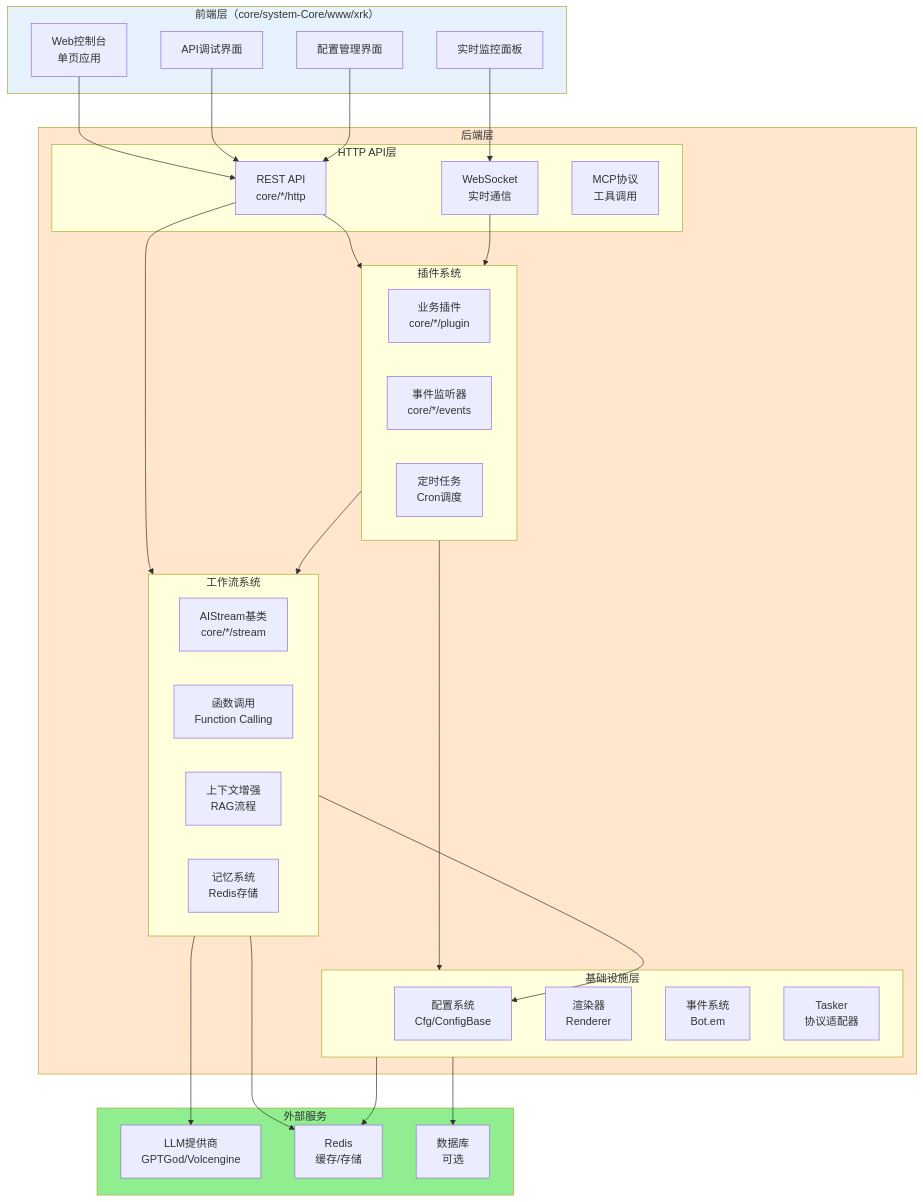
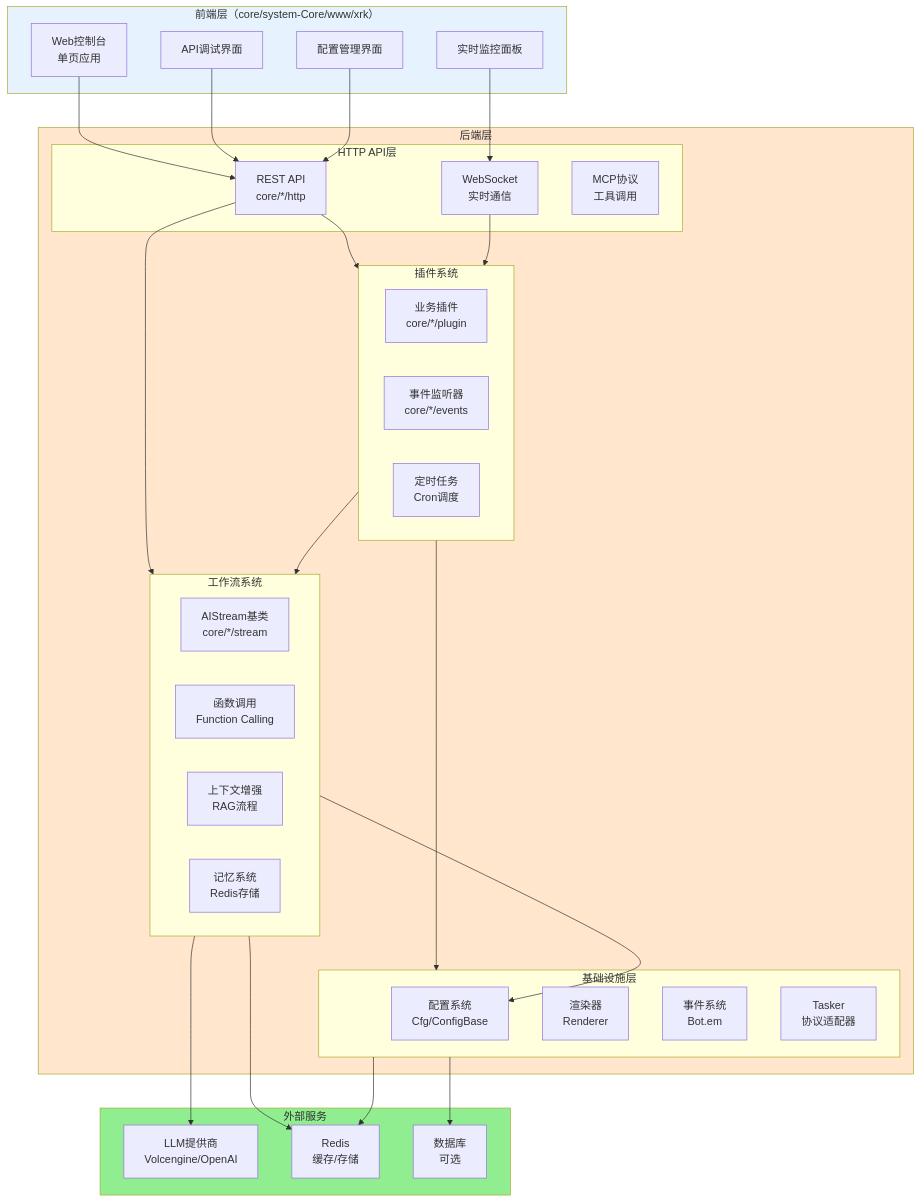
One commit to sunflowermm/XRK-AGT changed the eighth of 9 diagrams in docs/app-dev.md. Above: the diagram before and after it, drawn with Mermaid. The commit also changed other lines of this file and 34 other files, not shown here.

````diff
--- a/docs/app-dev.md
+++ b/docs/app-dev.md
@@ -444,66 +442,66 @@
 ```mermaid
 flowchart TB
     subgraph Frontend["前端层（core/system-Core/www/xrk）"]
         FE1[Web控制台<br/>单页应用]
         FE2[API调试界面]
         FE3[配置管理界面]
         FE4[实时监控面板]
     end
     
     subgraph Backend["后端层"]
         subgraph API["HTTP API层"]
             API1[REST API<br/>core/*/http]
             API2[WebSocket<br/>实时通信]
             API3[MCP协议<br/>工具调用]
         end
         
         subgraph Plugin["插件系统"]
             P1[业务插件<br/>core/*/plugin]
             P2[事件监听器<br/>core/*/events]
             P3[定时任务<br/>Cron调度]
         end
         
         subgraph Workflow["工作流系统"]
             W1[AIStream基类<br/>core/*/stream]
             W2[函数调用<br/>Function Calling]
             W3[上下文增强<br/>RAG流程]
             W4[记忆系统<br/>Redis存储]
         end
         
         subgraph Infrastructure["基础设施层"]
             I1[配置系统<br/>Cfg/ConfigBase]
             I2[渲染器<br/>Renderer]
             I3[事件系统<br/>Bot.em]
             I4[Tasker<br/>协议适配器]
         end
     end
     
     subgraph External["外部服务"]
-        E1[LLM提供商<br/>GPTGod/Volcengine]
+        E1[LLM提供商<br/>Volcengine/OpenAI]
         E2[Redis<br/>缓存/存储]
         E3[数据库<br/>可选]
     end
     
     FE1 --> API1
     FE2 --> API1
     FE3 --> API1
     FE4 --> API2
     
     API1 --> Plugin
     API1 --> Workflow
     API2 --> Plugin
     
     Plugin --> Workflow
     Plugin --> Infrastructure
     
     Workflow --> I1
     Workflow --> E1
     Workflow --> E2
     
     Infrastructure --> E2
     Infrastructure --> E3
     
     style Frontend fill:#E6F3FF
     style Backend fill:#FFE6CC
     style External fill:#90EE90
 ```
````
